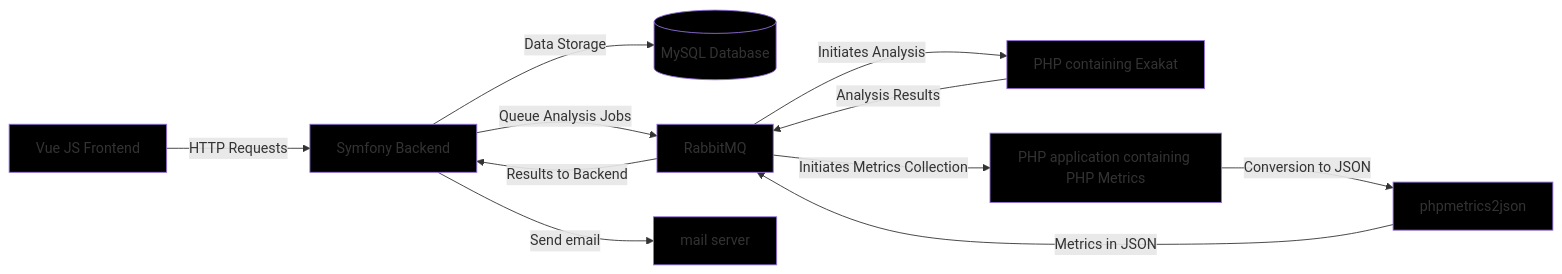
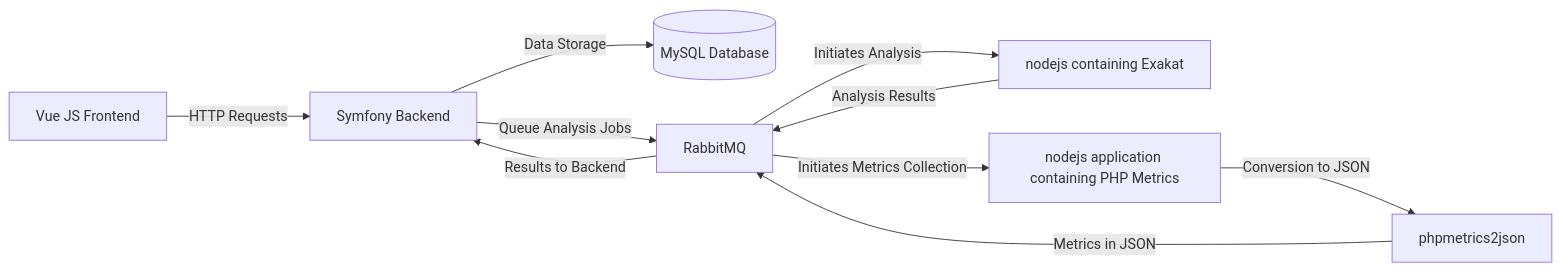
One commit to CodeFlow-it/CodeFlow changed the diagram in Diagrams.md. Above: the diagram before and after it, drawn with Mermaid.

Commit message:
chore(diagrams.md): Update the diagram

````diff
--- a/Diagrams.md
+++ b/Diagrams.md
@@ -1,22 +1,13 @@
 ```mermaid
 graph LR
     A[Vue JS Frontend] -- HTTP Requests --> B[Symfony Backend]
     B -- Data Storage --> C[(MySQL Database)]
     B -- Queue Analysis Jobs --> D[RabbitMQ]
-    D -- Initiates Analysis --> E[PHP containing Exakat]
-    D -- Initiates Metrics Collection --> F[PHP application containing PHP Metrics]
+    D -- Initiates Analysis --> E[nodejs containing Exakat]
+    D -- Initiates Metrics Collection --> F[nodejs application containing PHP Metrics]
     F -- Conversion to JSON --> G[phpmetrics2json]
     E -- Analysis Results --> D
     G -- Metrics in JSON --> D
     D -- Results to Backend --> B
-		B -- Send email --> H[mail server]
 
-    style A fill:#000000
-    style B fill:#000000
-    style C fill:#000000
-    style D fill:#000000
-    style E fill:#000000
-    style F fill:#000000
-    style G fill:#000000
-	style H fill:#000000
-```
+  ```
````
